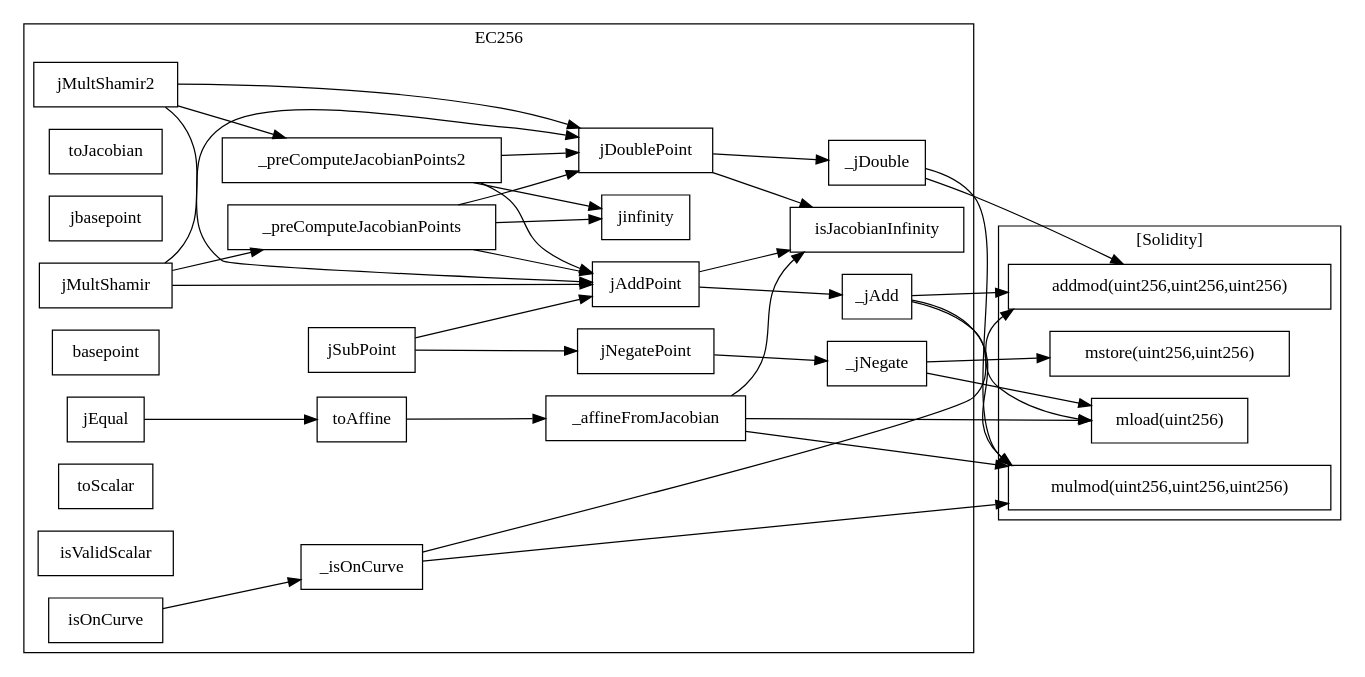
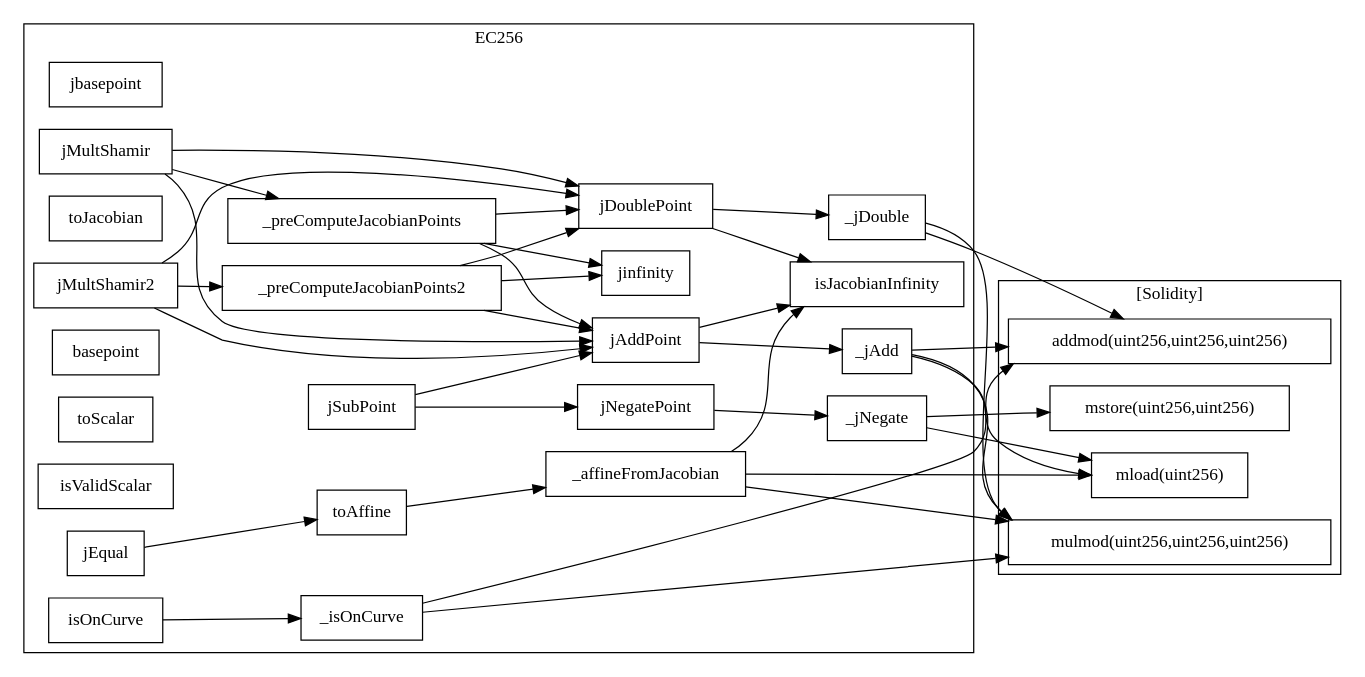
One commit to quidmints/SPV changed the diagram in evm/slither-out/...EC256.call-graph.dot. Above: the diagram before and after it, drawn with Graphviz. The commit also changed 98 other files, not shown here.

First line of the commit message:
Regenerate slither-out: it described an architecture deleted 12 days ago

```diff
--- a/evm/slither-out/...EC256.call-graph.dot
+++ b/evm/slither-out/...EC256.call-graph.dot
@@ -1,70 +1,70 @@
 strict digraph {
 rankdir="LR"
 node [shape=box]
-subgraph cluster_12533_EC256 {
+subgraph cluster_14578_EC256 {
 label = "EC256"
-"12533__jAdd" [label="_jAdd"]
-"12533_jSubPoint" [label="jSubPoint"]
-"12533__jDouble" [label="_jDouble"]
-"12533_jNegatePoint" [label="jNegatePoint"]
-"12533__preComputeJacobianPoints2" [label="_preComputeJacobianPoints2"]
-"12533_isOnCurve" [label="isOnCurve"]
-"12533_toJacobian" [label="toJacobian"]
-"12533_jDoublePoint" [label="jDoublePoint"]
-"12533_jbasepoint" [label="jbasepoint"]
-"12533_isJacobianInfinity" [label="isJacobianInfinity"]
-"12533__affineFromJacobian" [label="_affineFromJacobian"]
-"12533_toAffine" [label="toAffine"]
-"12533__isOnCurve" [label="_isOnCurve"]
-"12533_jEqual" [label="jEqual"]
-"12533_basepoint" [label="basepoint"]
-"12533__preComputeJacobianPoints" [label="_preComputeJacobianPoints"]
-"12533_jMultShamir2" [label="jMultShamir2"]
-"12533_jinfinity" [label="jinfinity"]
-"12533_toScalar" [label="toScalar"]
-"12533__jNegate" [label="_jNegate"]
-"12533_jAddPoint" [label="jAddPoint"]
-"12533_isValidScalar" [label="isValidScalar"]
-"12533_jMultShamir" [label="jMultShamir"]
-"12533_jSubPoint" -> "12533_jAddPoint"
-"12533_jMultShamir2" -> "12533_jDoublePoint"
-"12533_jSubPoint" -> "12533_jNegatePoint"
-"12533_jMultShamir" -> "12533_jAddPoint"
-"12533_toAffine" -> "12533__affineFromJacobian"
-"12533_jNegatePoint" -> "12533__jNegate"
-"12533_jMultShamir2" -> "12533__preComputeJacobianPoints2"
-"12533__preComputeJacobianPoints" -> "12533_jAddPoint"
-"12533__preComputeJacobianPoints" -> "12533_jDoublePoint"
-"12533_jMultShamir" -> "12533_jDoublePoint"
-"12533_jMultShamir2" -> "12533_jAddPoint"
-"12533_jDoublePoint" -> "12533_isJacobianInfinity"
-"12533_jMultShamir" -> "12533__preComputeJacobianPoints"
-"12533_jEqual" -> "12533_toAffine"
-"12533__preComputeJacobianPoints2" -> "12533_jDoublePoint"
-"12533_jAddPoint" -> "12533_isJacobianInfinity"
-"12533__preComputeJacobianPoints2" -> "12533_jAddPoint"
-"12533_jAddPoint" -> "12533__jAdd"
-"12533_isOnCurve" -> "12533__isOnCurve"
-"12533__affineFromJacobian" -> "12533_isJacobianInfinity"
-"12533__preComputeJacobianPoints2" -> "12533_jinfinity"
-"12533__preComputeJacobianPoints" -> "12533_jinfinity"
-"12533_jDoublePoint" -> "12533__jDouble"
+"14578__affineFromJacobian" [label="_affineFromJacobian"]
+"14578_jAddPoint" [label="jAddPoint"]
+"14578_jbasepoint" [label="jbasepoint"]
+"14578_isOnCurve" [label="isOnCurve"]
+"14578_toJacobian" [label="toJacobian"]
+"14578__jAdd" [label="_jAdd"]
+"14578_toAffine" [label="toAffine"]
+"14578__preComputeJacobianPoints" [label="_preComputeJacobianPoints"]
+"14578_jSubPoint" [label="jSubPoint"]
+"14578_jinfinity" [label="jinfinity"]
+"14578_jMultShamir2" [label="jMultShamir2"]
+"14578_basepoint" [label="basepoint"]
+"14578_toScalar" [label="toScalar"]
+"14578_jDoublePoint" [label="jDoublePoint"]
+"14578_isValidScalar" [label="isValidScalar"]
+"14578_jEqual" [label="jEqual"]
+"14578__jDouble" [label="_jDouble"]
+"14578_jMultShamir" [label="jMultShamir"]
+"14578__jNegate" [label="_jNegate"]
+"14578__preComputeJacobianPoints2" [label="_preComputeJacobianPoints2"]
+"14578_jNegatePoint" [label="jNegatePoint"]
+"14578_isJacobianInfinity" [label="isJacobianInfinity"]
+"14578__isOnCurve" [label="_isOnCurve"]
+"14578_jDoublePoint" -> "14578__jDouble"
+"14578_jMultShamir2" -> "14578__preComputeJacobianPoints2"
+"14578_toAffine" -> "14578__affineFromJacobian"
+"14578__preComputeJacobianPoints2" -> "14578_jinfinity"
+"14578_jMultShamir" -> "14578_jAddPoint"
+"14578_jEqual" -> "14578_toAffine"
+"14578__preComputeJacobianPoints2" -> "14578_jAddPoint"
+"14578__affineFromJacobian" -> "14578_isJacobianInfinity"
+"14578_jNegatePoint" -> "14578__jNegate"
+"14578_jAddPoint" -> "14578__jAdd"
+"14578__preComputeJacobianPoints2" -> "14578_jDoublePoint"
+"14578_jMultShamir2" -> "14578_jDoublePoint"
+"14578__preComputeJacobianPoints" -> "14578_jDoublePoint"
+"14578_jAddPoint" -> "14578_isJacobianInfinity"
+"14578__preComputeJacobianPoints" -> "14578_jinfinity"
+"14578_jMultShamir2" -> "14578_jAddPoint"
+"14578_jMultShamir" -> "14578__preComputeJacobianPoints"
+"14578_isOnCurve" -> "14578__isOnCurve"
+"14578_jMultShamir" -> "14578_jDoublePoint"
+"14578_jSubPoint" -> "14578_jAddPoint"
+"14578_jSubPoint" -> "14578_jNegatePoint"
+"14578_jDoublePoint" -> "14578_isJacobianInfinity"
+"14578__preComputeJacobianPoints" -> "14578_jAddPoint"
 }subgraph cluster_solidity {
 label = "[Solidity]"
 "mulmod(uint256,uint256,uint256)" 
+"addmod(uint256,uint256,uint256)" 
 "mstore(uint256,uint256)" 
-"addmod(uint256,uint256,uint256)" 
 "mload(uint256)" 
-"12533__jNegate" -> "mstore(uint256,uint256)"
-"12533__jAdd" -> "mload(uint256)"
-"12533__jNegate" -> "mload(uint256)"
-"12533__affineFromJacobian" -> "mload(uint256)"
-"12533__jAdd" -> "addmod(uint256,uint256,uint256)"
-"12533__jAdd" -> "mulmod(uint256,uint256,uint256)"
-"12533__affineFromJacobian" -> "mulmod(uint256,uint256,uint256)"
-"12533__isOnCurve" -> "addmod(uint256,uint256,uint256)"
-"12533__isOnCurve" -> "mulmod(uint256,uint256,uint256)"
-"12533__jDouble" -> "addmod(uint256,uint256,uint256)"
-"12533__jDouble" -> "mulmod(uint256,uint256,uint256)"
+"14578__jAdd" -> "addmod(uint256,uint256,uint256)"
+"14578__jAdd" -> "mload(uint256)"
+"14578__isOnCurve" -> "addmod(uint256,uint256,uint256)"
+"14578__jNegate" -> "mstore(uint256,uint256)"
+"14578__jAdd" -> "mulmod(uint256,uint256,uint256)"
+"14578__jDouble" -> "mulmod(uint256,uint256,uint256)"
+"14578__affineFromJacobian" -> "mload(uint256)"
+"14578__isOnCurve" -> "mulmod(uint256,uint256,uint256)"
+"14578__jDouble" -> "addmod(uint256,uint256,uint256)"
+"14578__jNegate" -> "mload(uint256)"
+"14578__affineFromJacobian" -> "mulmod(uint256,uint256,uint256)"
 }
 }
```
